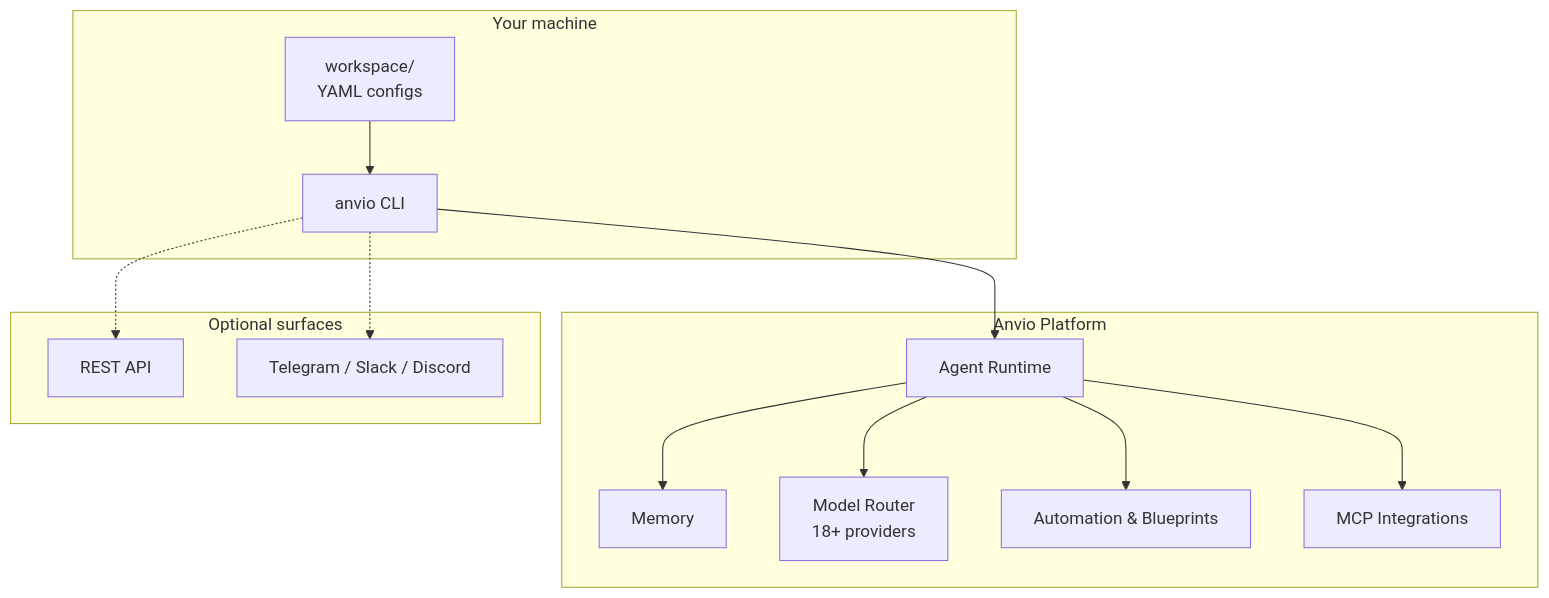
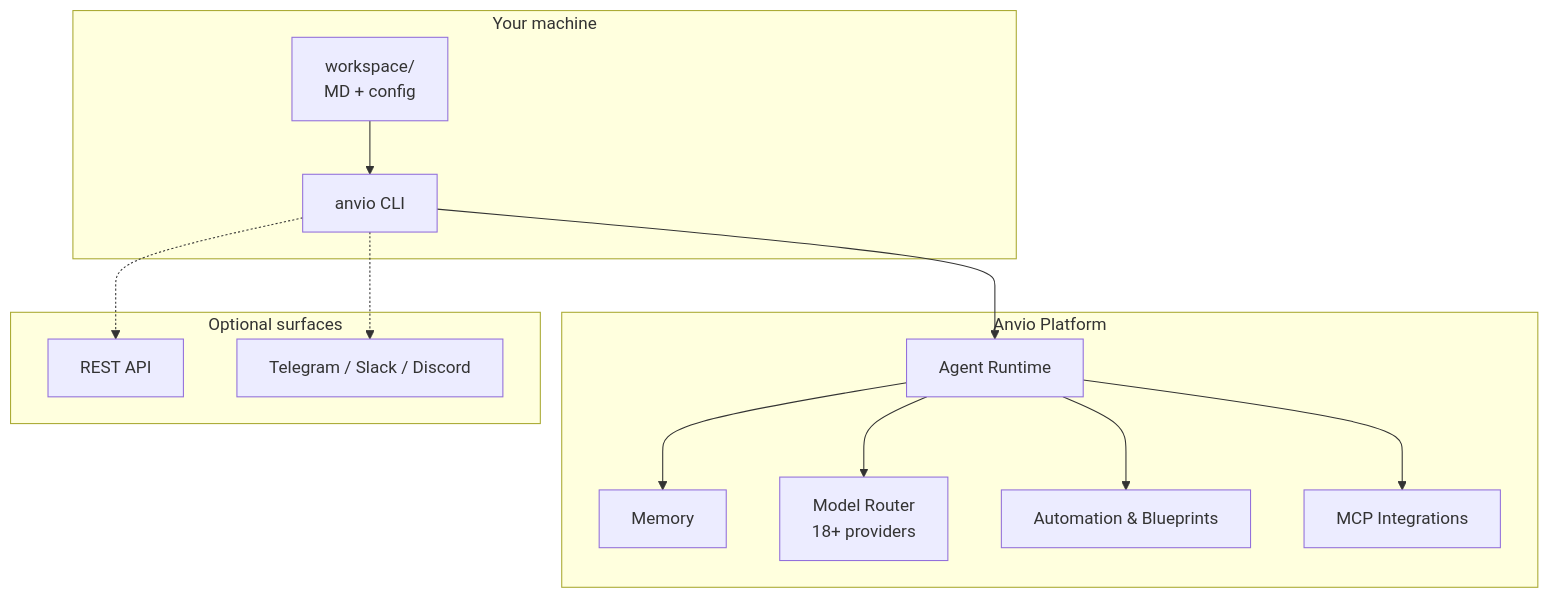
One commit to viantonugroho11/Anvio changed the first of 5 diagrams in README.md. Above: the diagram before and after it, drawn with Mermaid. The commit also changed other lines of this file and 6 other files, not shown here.

````diff
--- a/README.md
+++ b/README.md
@@ -37,26 +37,26 @@
 ```mermaid
 flowchart TB
     subgraph You["Your machine"]
-        WS["workspace/<br/>YAML configs"]
+        WS["workspace/<br/>MD + config"]
         CLI["anvio CLI"]
     end
 
     subgraph Anvio["Anvio Platform"]
         RT["Agent Runtime"]
         MEM["Memory"]
         RTG["Model Router<br/>18+ providers"]
         AUTO["Automation & Blueprints"]
         MCP["MCP Integrations"]
     end
 
     subgraph Optional["Optional surfaces"]
         API["REST API"]
         BOT["Telegram / Slack / Discord"]
     end
 
     WS --> CLI
     CLI --> RT
     RT --> MEM & RTG
     RT --> AUTO & MCP
     CLI -.-> API & BOT
 ```
````
